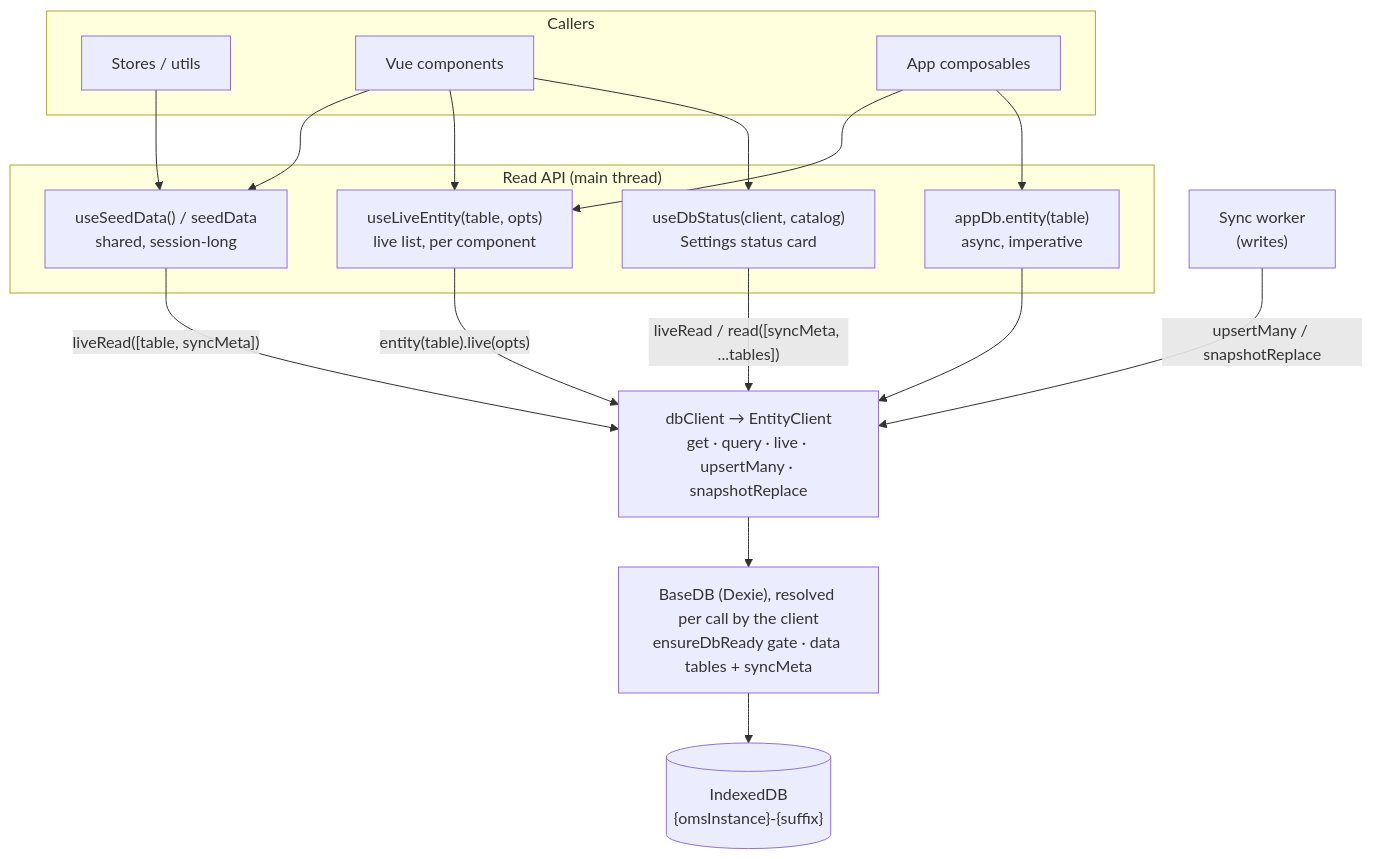
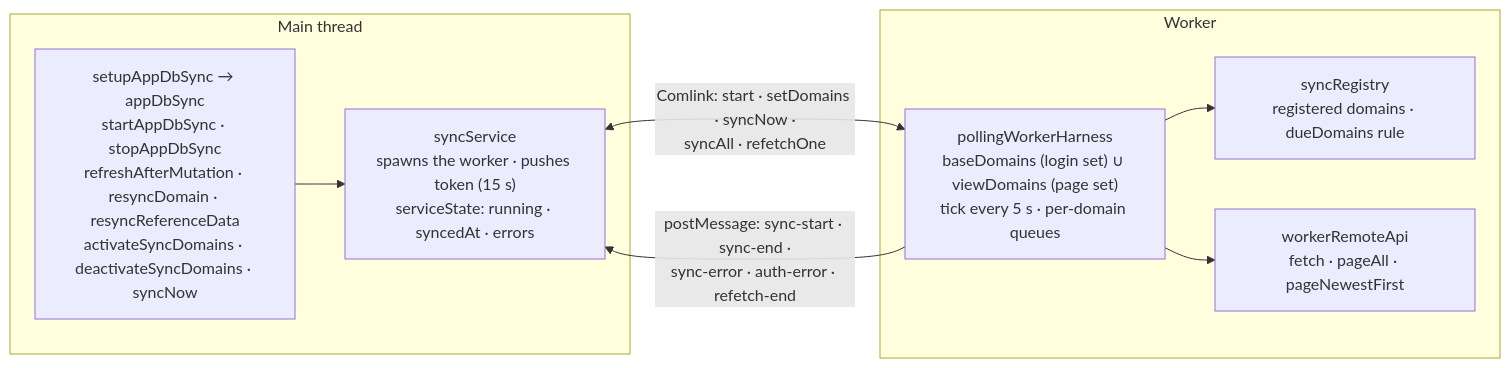
The fifth of 5 diagrams in docs/APP_DB_ARCHITECTURE.md (hotwax/accxui), drawn with Mermaid before and after one commit. The commit also changed other lines of this file and 2 other files, not shown here.

Commit message:
Improved: Rewrote the app database docs as short, diagram-led guides for a generic APP.

````diff
--- a/docs/APP_DB_ARCHITECTURE.md
+++ b/docs/APP_DB_ARCHITECTURE.md
@@ -835,31 +293,17 @@
 ```mermaid
-flowchart TB
-    subgraph callers["Callers"]
-      ST["Stores / utils"]
-      VC["Vue components"]
-      AC["App composables"]
+flowchart LR
+    subgraph MAIN["Main thread"]
+      SAS["setupAppDbSync → appDbSync<br/>startAppDbSync · stopAppDbSync<br/>refreshAfterMutation · resyncDomain · resyncReferenceData<br/>activateSyncDomains · deactivateSyncDomains · syncNow"]
+      SS["syncService<br/>spawns the worker · pushes token (15 s)<br/>serviceState: running · syncedAt · errors"]
     end
-    subgraph read["Read API (main thread)"]
-      SD["useSeedData() / seedData<br/>shared, session-long"]
-      UD["useLiveEntity(table, opts)<br/>live list, per component"]
-      AE["appDb.entity(table)<br/>async, imperative"]
-      DS["useDbStatus(client, catalog)<br/>Settings status card"]
+    subgraph WK["Worker"]
+      H["pollingWorkerHarness<br/>baseDomains (login set) ∪ viewDomains (page set)<br/>tick every 5 s · per-domain queues"]
+      REGY["syncRegistry<br/>registered domains · dueDomains rule"]
+      RAPI["workerRemoteApi<br/>fetch · pageAll · pageNewestFirst"]
     end
-    W["Sync worker<br/>(writes)"]
-    DC["dbClient → EntityClient<br/>get · query · live · upsertMany · snapshotReplace"]
-    BDB["BaseDB (Dexie), resolved per call by the client<br/>ensureDbReady gate · data tables + syncMeta"]
-    IDB[("IndexedDB<br/>{omsInstance}-{suffix}")]
-
-    ST --> SD
-    VC --> SD
-    VC --> UD
-    AC --> UD
-    AC --> AE
-    VC --> DS
-    UD -- "entity(table).live(opts)" --> DC
-    AE --> DC
-    W -- "upsertMany / snapshotReplace" --> DC
-    SD -- "liveRead([table, syncMeta])" --> DC
-    DS -- "liveRead / read([syncMeta, ...tables])" --> DC
-    DC --> BDB --> IDB
+    SAS --> SS
+    SS <-- "Comlink: start · setDomains · syncNow ·<br/>syncAll · refetchOne" --> H
+    H -- "postMessage: sync-start · sync-end ·<br/>sync-error · auth-error · refetch-end" --> SS
+    H --> REGY
+    H --> RAPI
 ```
````
